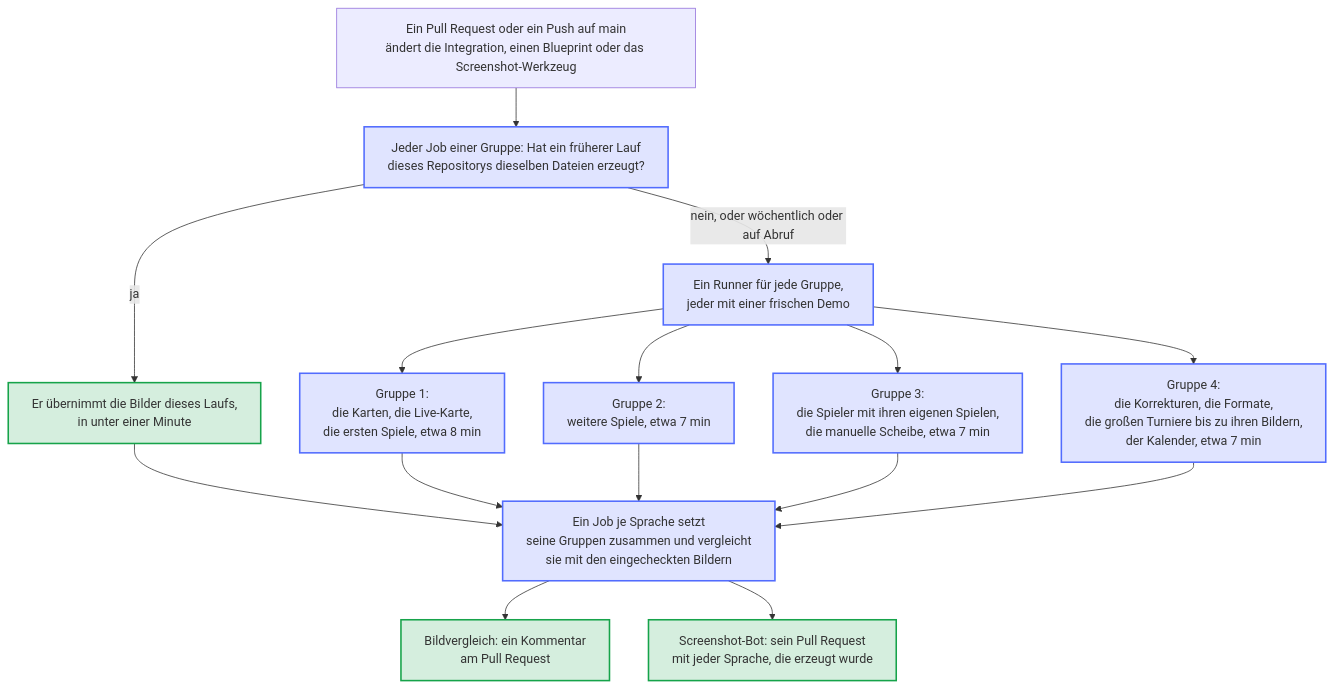
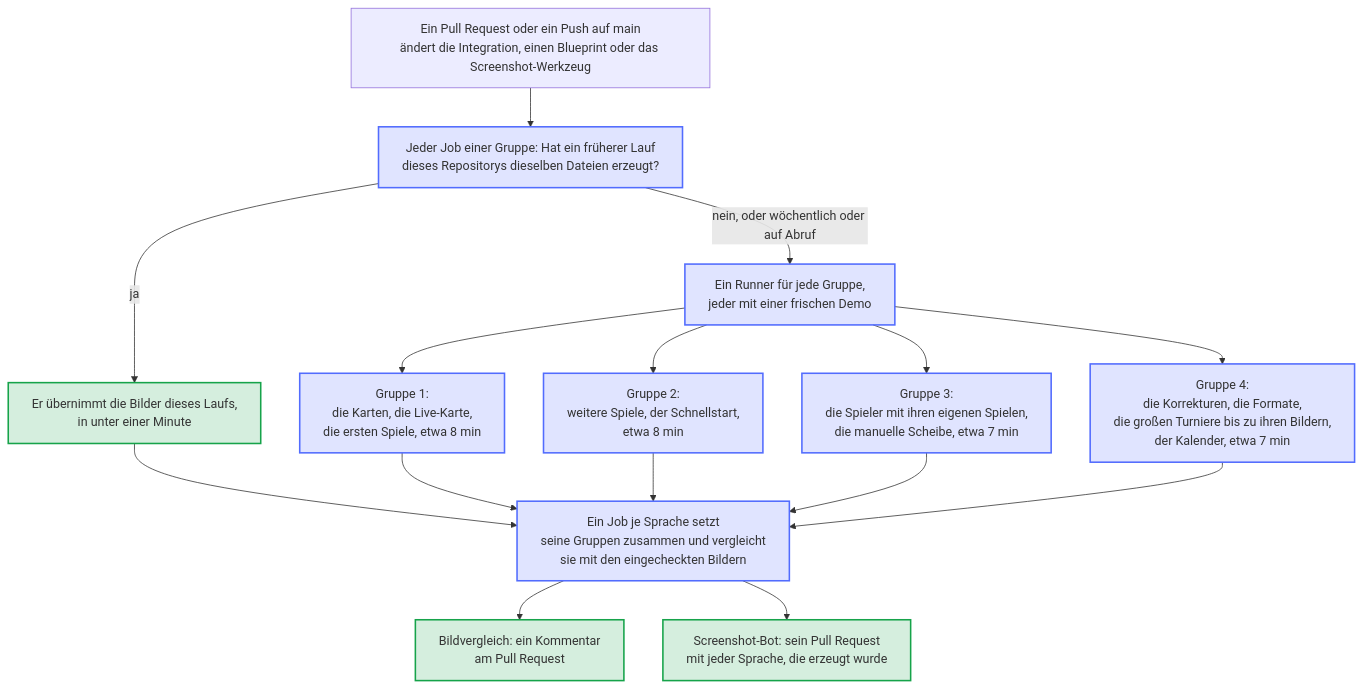
The diagram in docs/diagrams/screenshot-groups.de.mmd (Dennis-Otto/homedarts-for-autodarts), drawn with Mermaid before and after one commit. The commit also changed 27 other files, not shown here.

```diff
--- a/docs/diagrams/screenshot-groups.de.mmd
+++ b/docs/diagrams/screenshot-groups.de.mmd
@@ -1,26 +1,26 @@
 ---
 config:
   flowchart:
     wrappingWidth: 400
 ---
 flowchart TB
   accTitle: Wie Bildvergleich und Screenshot-Bot die Bilder in Gruppen erzeugen
-  accDescr: Jede Sprache wird in vier Gruppen gleichzeitig erzeugt, jede Gruppe auf einem eigenen Runner. Zuerst sucht jeder Job einer Gruppe einen früheren Lauf des Bildvergleichs oder des Screenshot-Bots auf einem Branch dieses Repositorys, der dieselben Dateien erzeugt hat; dessen Bilder übernimmt er in unter einer Minute. Sonst erzeugt er sie aus einer frischen Demo. Die Karten und die ersten Spiele bilden Gruppe 1, weitere Spiele Gruppe 2, die Spieler mit ihren eigenen Spielen und die Dartscheibe ohne Autodarts Gruppe 3, die Korrekturen eines Darts, die Formate, die großen Turniere und der Kalender Gruppe 4. Danach setzt ein Job je Sprache die Bilder seiner vier Gruppen zusammen und vergleicht sie mit den eingecheckten Bildern. Der Bildvergleich schreibt den Vergleich in einen Kommentar am Pull Request; der Screenshot-Bot aktualisiert seinen Pull Request mit jeder Sprache, die erzeugt wurde.
+  accDescr: Jede Sprache wird in vier Gruppen gleichzeitig erzeugt, jede Gruppe auf einem eigenen Runner. Zuerst sucht jeder Job einer Gruppe einen früheren Lauf des Bildvergleichs oder des Screenshot-Bots auf einem Branch dieses Repositorys, der dieselben Dateien erzeugt hat; dessen Bilder übernimmt er in unter einer Minute. Sonst erzeugt er sie aus einer frischen Demo. Die Karten und die ersten Spiele bilden Gruppe 1, weitere Spiele mit dem Schnellstart Gruppe 2, die Spieler mit ihren eigenen Spielen und die Dartscheibe ohne Autodarts Gruppe 3, die Korrekturen eines Darts, die Formate, die großen Turniere und der Kalender Gruppe 4. Danach setzt ein Job je Sprache die Bilder seiner vier Gruppen zusammen und vergleicht sie mit den eingecheckten Bildern. Der Bildvergleich schreibt den Vergleich in einen Kommentar am Pull Request; der Screenshot-Bot aktualisiert seinen Pull Request mit jeder Sprache, die erzeugt wurde.
 
   START["Ein Pull Request oder ein Push auf main<br/>ändert die Integration, einen Blueprint oder das Screenshot-Werkzeug"] --> KEY
   KEY["Jeder Job einer Gruppe: Hat ein früherer Lauf<br/>dieses Repositorys dieselben Dateien erzeugt?"]
   KEY -->|"ja"| TAKE["Er übernimmt die Bilder dieses Laufs,<br/>in unter einer Minute"]
   KEY -->|"nein, oder wöchentlich oder auf Abruf"| RENDER["Ein Runner für jede Gruppe,<br/>jeder mit einer frischen Demo"]
   RENDER --> G1 & G2 & G3 & G4
   G1["Gruppe 1:<br/>die Karten, die Live-Karte,<br/>die ersten Spiele, etwa 8 min"]
-  G2["Gruppe 2:<br/>weitere Spiele, etwa 7 min"]
+  G2["Gruppe 2:<br/>weitere Spiele, der Schnellstart,<br/>etwa 8 min"]
   G3["Gruppe 3:<br/>die Spieler mit ihren eigenen Spielen,<br/>die manuelle Scheibe, etwa 7 min"]
   G4["Gruppe 4:<br/>die Korrekturen, die Formate,<br/>die großen Turniere bis zu ihren Bildern,<br/>der Kalender, etwa 7 min"]
   TAKE & G1 & G2 & G3 & G4 --> COLLECT["Ein Job je Sprache setzt<br/>seine Gruppen zusammen und vergleicht<br/>sie mit den eingecheckten Bildern"]
   COLLECT --> COMMENT["Bildvergleich: ein Kommentar<br/>am Pull Request"]
   COLLECT --> BOT["Screenshot-Bot: sein Pull Request<br/>mit jeder Sprache, die erzeugt wurde"]
 
   classDef bot fill:#526cfe2e,stroke:#526cfe,stroke-width:2px
   classDef done fill:#16a34a2e,stroke:#16a34a,stroke-width:2px
   class KEY,RENDER,G1,G2,G3,G4,COLLECT bot
   class TAKE,COMMENT,BOT done
```
